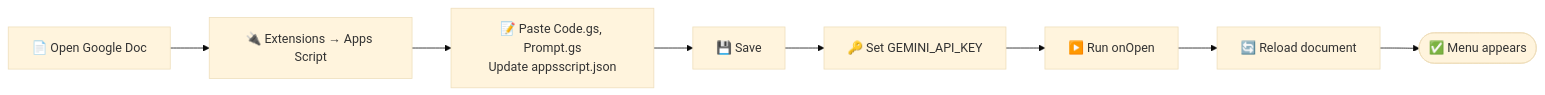
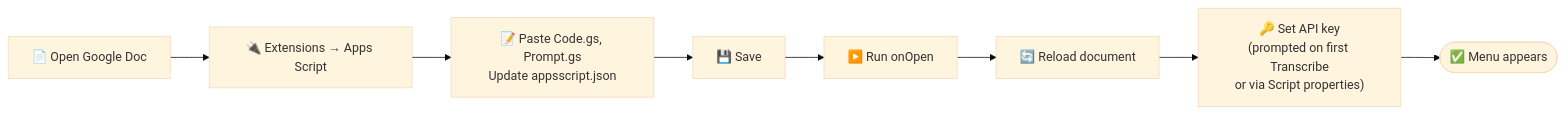
The third of 4 diagrams in docs/INSTALLATION.md (dekochka/geneascript-gdoc-addon), drawn with Mermaid (base theme) before and after one commit. The commit also changed other lines of this file and 7 other files, not shown here.

First line of the commit message:
feat: in-flow API key setup, multi-part response fix, UX improvements

````diff
--- a/docs/INSTALLATION.md
+++ b/docs/INSTALLATION.md
@@ -75,10 +77,10 @@
 ```mermaid
 flowchart LR
   A[📄 Open Google Doc] --> B[🔌 Extensions → Apps Script]
   B --> C[📝 Paste Code.gs, Prompt.gs<br/>Update appsscript.json]
   C --> D[💾 Save]
-  D --> E[🔑 Set GEMINI_API_KEY]
-  E --> F[▶️ Run onOpen]
-  F --> G[🔄 Reload document]
+  D --> E[▶️ Run onOpen]
+  E --> F[🔄 Reload document]
+  F --> G["🔑 Set API key<br/>(prompted on first Transcribe<br/>or via Script properties)"]
   G --> H([✅ Menu appears])
 ```
````
